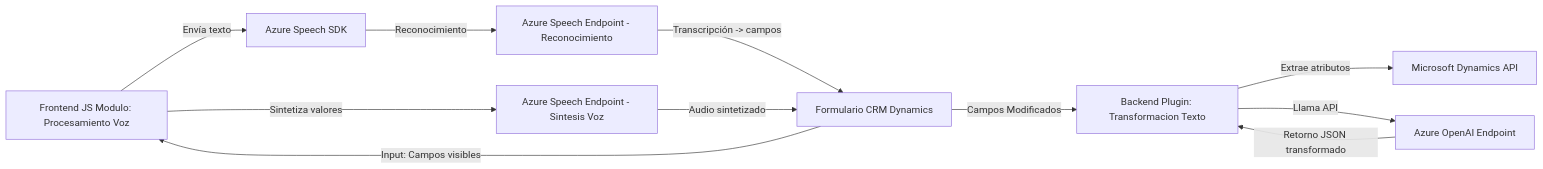
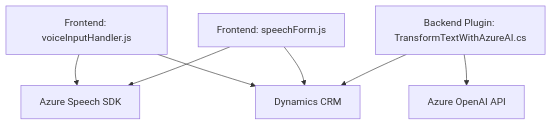
One commit to blopezdm/NETCORE_BILBAO2025 changed the diagram in README.md. Above: the diagram before and after it, drawn with Mermaid. The commit also changed other lines of this file, not shown here.

````diff
--- a/README.md
+++ b/README.md
@@ -42,24 +42,16 @@
 ```mermaid
-graph LR
-    A["Frontend JS Modulo: Procesamiento Voz"]
-    B["Azure Speech SDK"]
-    C["Azure Speech Endpoint - Reconocimiento"]
-    D["Azure Speech Endpoint - Sintesis Voz"]
-    F["Formulario CRM Dynamics"]
+graph TD
+    A["Frontend: voiceInputHandler.js"]
+    B["Frontend: speechForm.js"]
+    C["Backend Plugin: TransformTextWithAzureAI.cs"]
+    D["Azure Speech SDK"]
+    E["Azure OpenAI API"]
+    F["Dynamics CRM"]
 
-    P["Backend Plugin: Transformacion Texto"]
-    Q["Microsoft Dynamics API"]
-    R["Azure OpenAI Endpoint"]
-
-    F -- "Input: Campos visibles" --> A
-    A -- "Envía texto" --> B
-    B -- "Reconocimiento" --> C
-    C -- "Transcripción -> campos" --> F
-    A -- "Sintetiza valores" --> D
-    D -- "Audio sintetizado" --> F
-
-    F -- "Campos Modificados" --> P
-    P -- "Extrae atributos" --> Q
-    P -- "Llama API" --> R
-    R -- "Retorno JSON transformado" --> P
+    A --> D
+    A --> F
+    B --> D
+    B --> F
+    C --> F
+    C --> E
 ```
````
